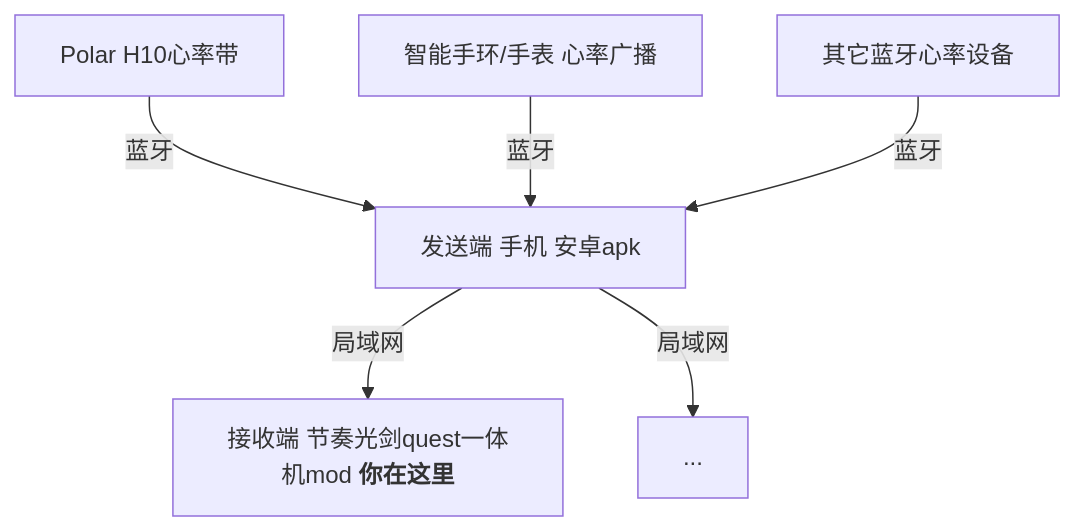
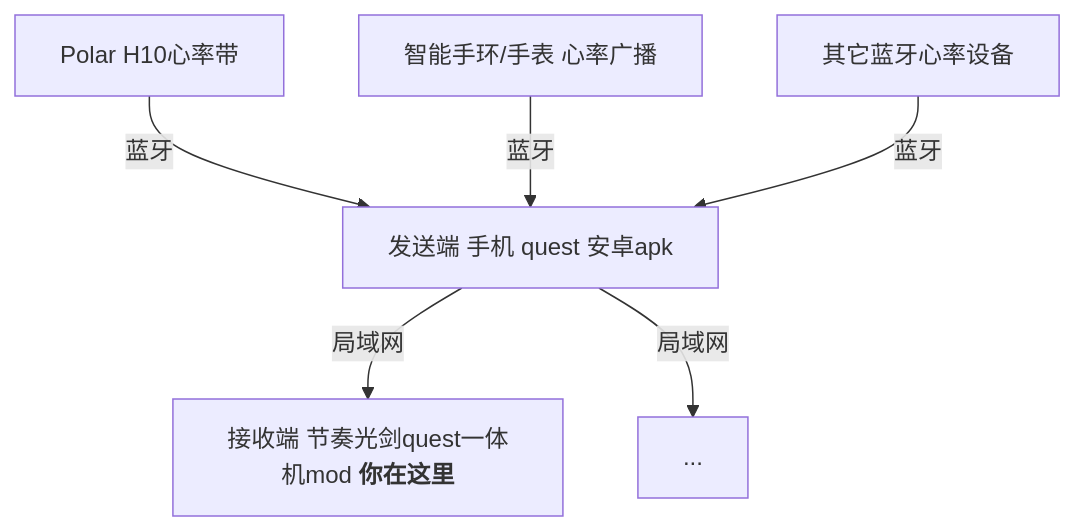
One commit to frto027/HeartBeatLanClientBSQuest changed the diagram in README.cn.md. Above: the diagram before and after it, drawn with Mermaid. The commit also changed other lines of this file and 1 other file, not shown here.

Commit message:
you can do it without android phone

````diff
--- a/README.cn.md
+++ b/README.cn.md
@@ -9,14 +9,14 @@
 ```mermaid
 graph TD;
     POLAR_H10[Polar H10心率带]
     SMART_WATCH[智能手环/手表 心率广播]
     BLE_DEV[其它蓝牙心率设备]
-    PHONE[发送端 手机 安卓apk]
+    PHONE[发送端 手机 quest 安卓apk]
     BEATSABER[接收端 节奏光剑quest一体机mod <b>你在这里</b> ]
 
     POLAR_H10--蓝牙-->PHONE;
     SMART_WATCH--蓝牙-->PHONE;
     BLE_DEV--蓝牙-->PHONE;
     PHONE--局域网-->BEATSABER;
     PHONE--局域网-->...;
 ```
````
